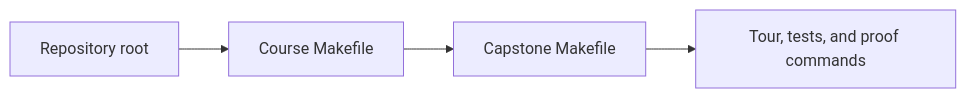
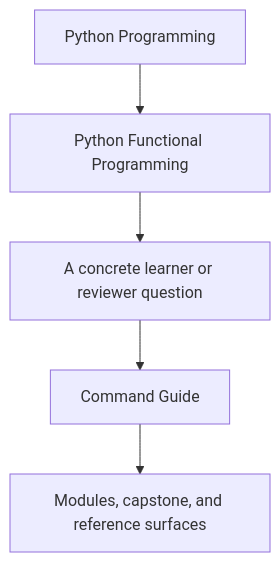
The first of 2 diagrams in programs/python-programming/python-functional-programming/course-book/guides/command-guide.md (bijux/bijux-masterclass), drawn with Mermaid before and after one commit. The commit also changed other lines of this file and 23 other files, not shown here.

Commit message:
docs(python-functional-programming): sharpen guide and reference diagrams

````diff
--- a/programs/python-programming/python-functional-programming/course-book/guides/command-guide.md
+++ b/programs/python-programming/python-functional-programming/course-book/guides/command-guide.md
@@ -7,6 +7,7 @@
 ```mermaid
-graph LR
-  root["Repository root"] --> course["Course Makefile"]
-  course --> capstone["Capstone Makefile"]
-  capstone --> proof["Tour, tests, and proof commands"]
+flowchart TD
+  family["Python Programming"] --> program["Python Functional Programming"]
+  program --> pressure["A concrete learner or reviewer question"]
+  pressure --> guide["Command Guide"]
+  guide --> next["Modules, capstone, and reference surfaces"]
 ```
````
